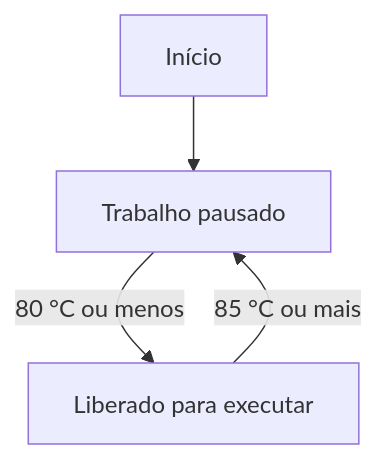
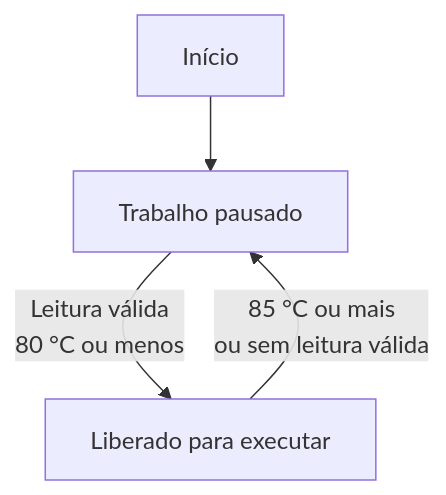
Before and after one commit to guilycst/guigoes-v2: the second of 2 diagrams in content/blogs/boinc-ciencia-cpu-gpu-kubernetes/index.md, drawn with Mermaid. The commit also changed other lines of this file, not shown here.

````diff
--- a/content/blogs/boinc-ciencia-cpu-gpu-kubernetes/index.md
+++ b/content/blogs/boinc-ciencia-cpu-gpu-kubernetes/index.md
@@ -235,8 +239,8 @@
 ```mermaid
 flowchart TB
     accTitle: Ciclo de pausa e retomada por temperatura
     accDescr: O trabalho começa pausado. Uma leitura válida de 80 graus Celsius ou menos libera a execução. Ao atingir 85 graus ou mais, o trabalho volta a pausar. Entre 80 e 85 graus, mantém o estado anterior. Sensor ausente ou leitura inválida provoca pausa.
     inicio["Início"] --> pausado["Trabalho pausado"]
-    pausado -->|"80 °C ou menos"| liberado["Liberado para executar"]
-    liberado -->|"85 °C ou mais"| pausado
+    pausado -->|"Leitura válida<br/>80 °C ou menos"| liberado["Liberado para executar"]
+    liberado -->|"85 °C ou mais<br/>ou sem leitura válida"| pausado
 ```
````
